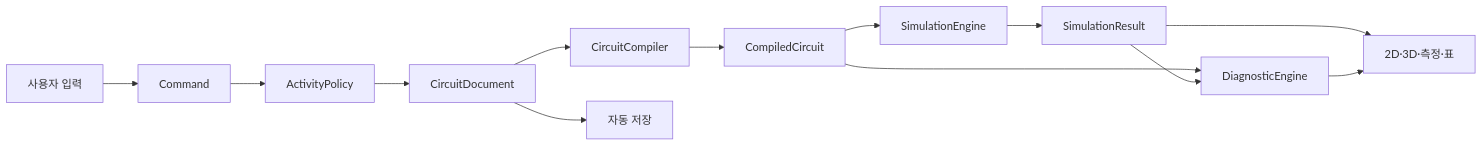
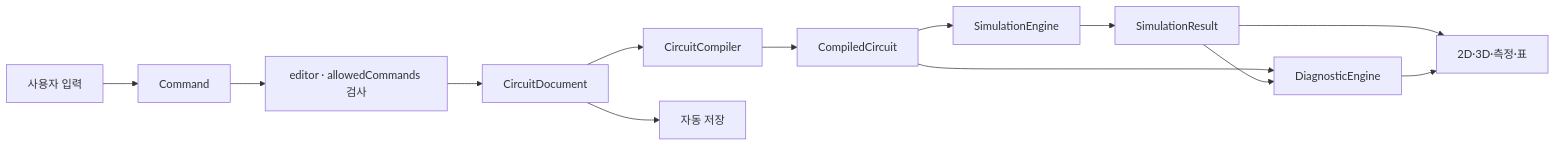
Before and after one commit to Cho-WH/circuit: the diagram in docs/architecture/data-flow.md, drawn with Mermaid. The commit also changed other lines of this file and 25 other files, not shown here.

````diff
--- a/docs/architecture/data-flow.md
+++ b/docs/architecture/data-flow.md
@@ -5,22 +5,22 @@
 ```mermaid
 flowchart LR
     INPUT[사용자 입력]
     CMD[Command]
-    POLICY[ActivityPolicy]
+    POLICY[editor · allowedCommands 검사]
     DOC[CircuitDocument]
     COMPILE[CircuitCompiler]
     CIRCUIT[CompiledCircuit]
     SOLVE[SimulationEngine]
     DIAG[DiagnosticEngine]
     RESULT[SimulationResult]
     VIEW[2D·3D·측정·표]
     SAVE[자동 저장]
 
     INPUT --> CMD --> POLICY --> DOC
     DOC --> COMPILE --> CIRCUIT --> SOLVE --> RESULT
     CIRCUIT --> DIAG
     RESULT --> DIAG
     RESULT --> VIEW
     DIAG --> VIEW
     DOC --> SAVE
 ```
````
